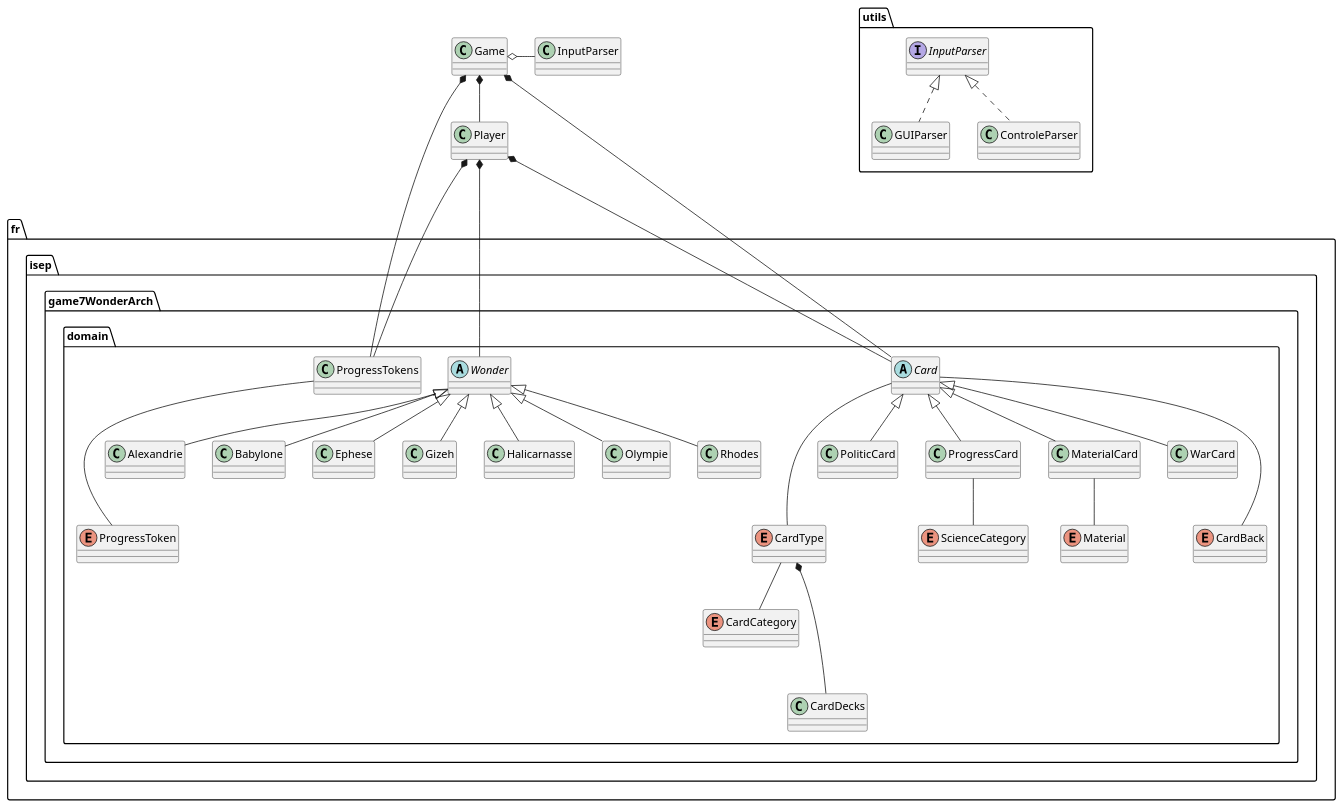
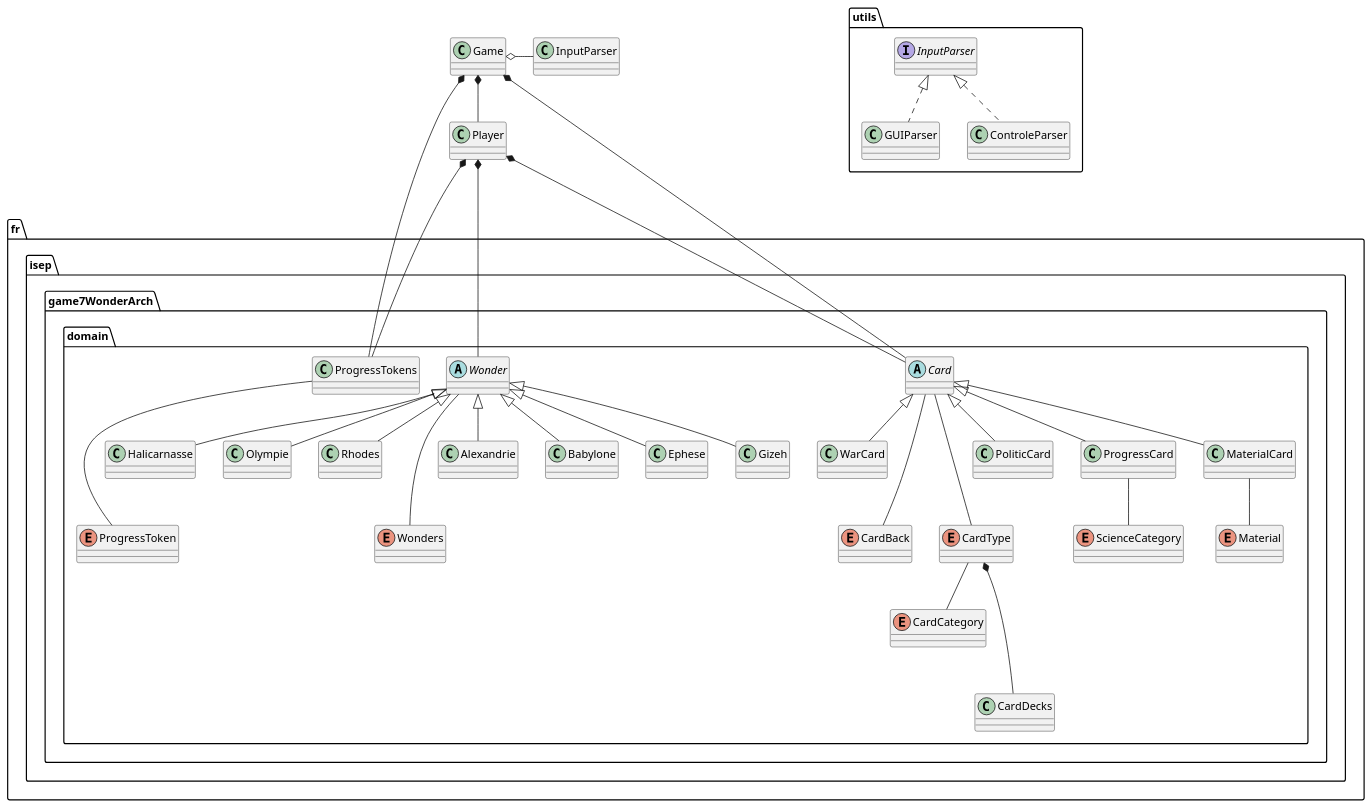
Before and after one commit to Klllou/7-Wonders-Architect: the diagram in src/UML.puml, drawn with PlantUML. The commit also changed 1 other file, not shown here.

Commit message:
UML modification

```diff
--- a/src/UML.puml
+++ b/src/UML.puml
@@ -1,78 +1,78 @@
 @startuml
 'https://plantuml.com/class-diagram
 
 
 
 class Game
 class Player
 
 
 package fr.isep.game7WonderArch.domain {
-enum Wonder
+enum Wonders
 abstract Wonder
 abstract Card
 enum CardBack
 enum CardCategory
 class CardDecks
 enum CardType
 enum Material
 enum ProgressToken
 class ProgressTokens
 enum ScienceCategory
 class PoliticCard
 class ProgressCard
 class MaterialCard
 class WarCard
 
 class Alexandrie
 class Babylone
 class Ephese
 class Gizeh
 class Halicarnasse
 class Olympie
 class Rhodes
 
 
 Card <|-- ProgressCard
 Card <|-- MaterialCard
 Card <|-- PoliticCard
 Card <|-- WarCard
-
+Wonder --- Wonders
 Card --- CardBack
 Card --- CardType
 CardType -- CardCategory
 
 Wonder <|-- Alexandrie
 Wonder <|-- Babylone
 Wonder <|-- Ephese
 Wonder <|-- Gizeh
 Wonder <|-- Halicarnasse
 Wonder <|-- Olympie
 Wonder <|-- Rhodes
 
 Player *-- Card
 Player *--- Wonder
 
 }
 Game *-- Player
 Game *-- Card
 Game *-- ProgressTokens
 Player *-- ProgressTokens
 CardType *--- CardDecks
 Game o--r InputParser
 ProgressTokens --- ProgressToken
 MaterialCard -- Material
 ProgressCard -- ScienceCategory
 
 package utils {
 interface InputParser
 class ControleParser
 class GUIParser
 
 InputParser <|.. ControleParser
 InputParser <|.. GUIParser
 
 }
 
 
 @enduml
```
